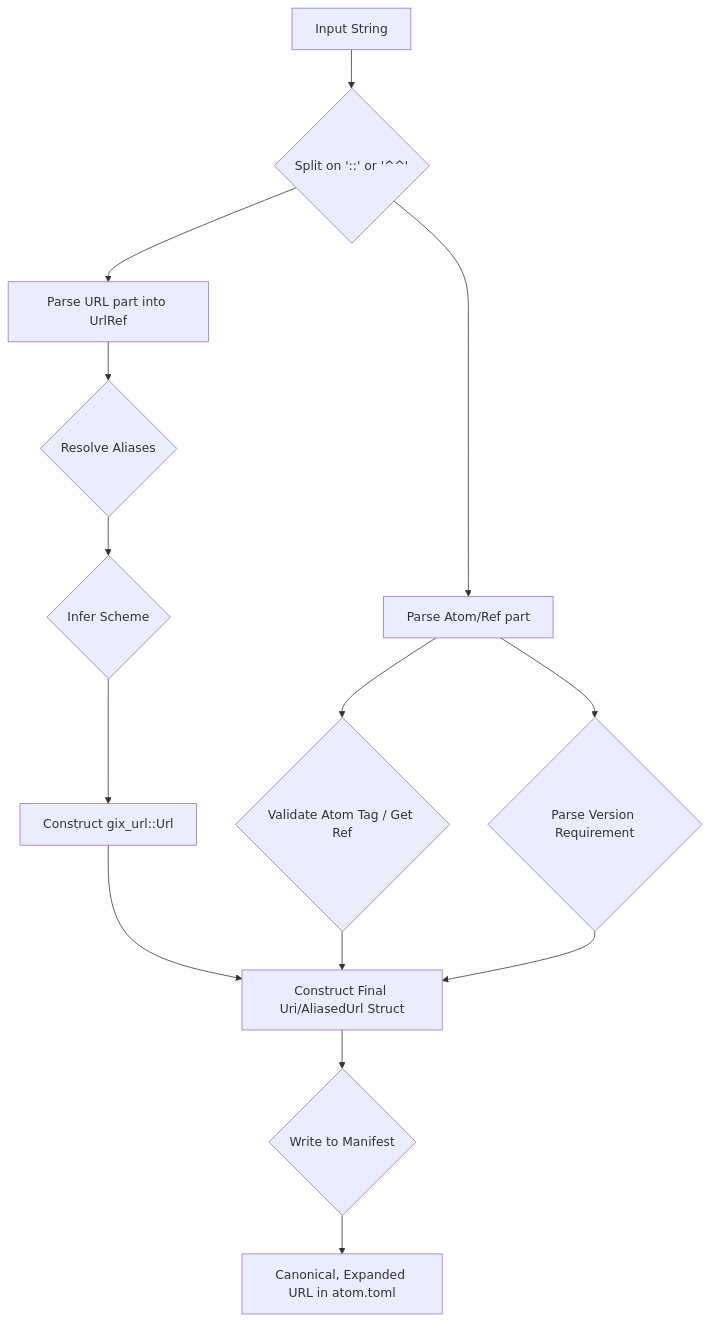
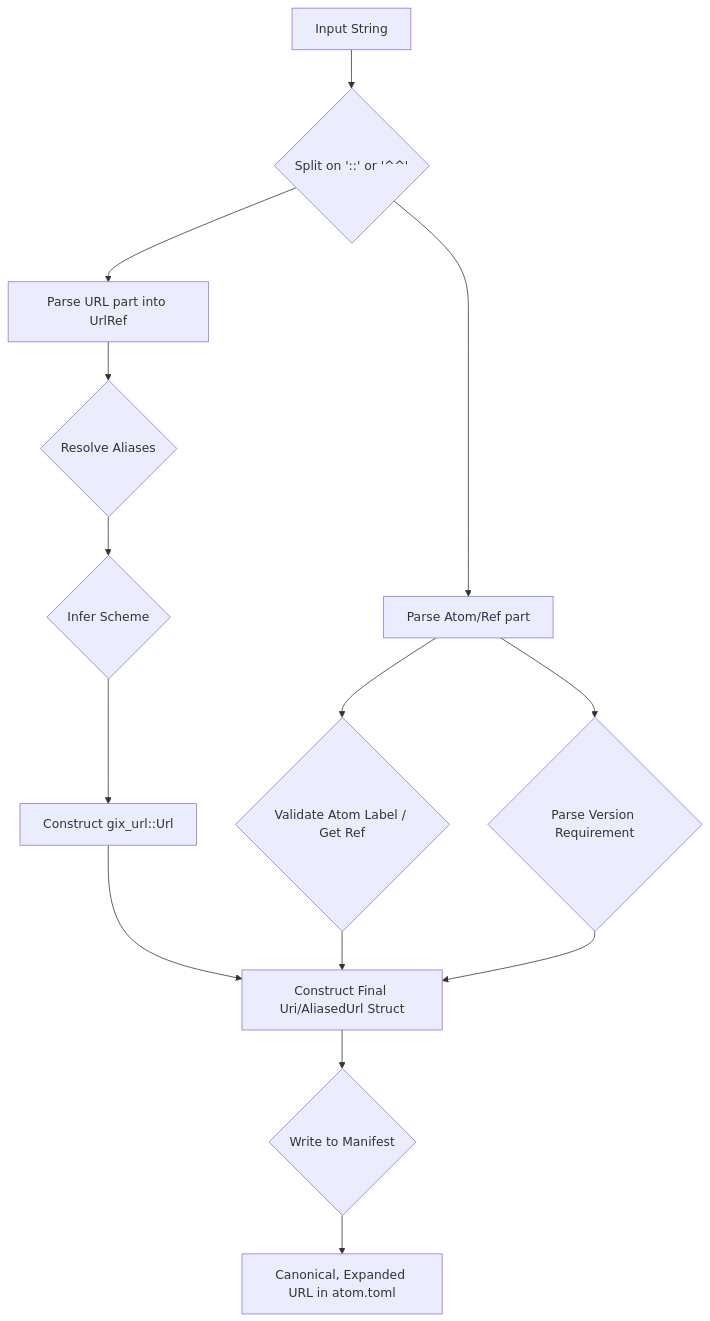
Before and after one commit to ekala-project/eka: the diagram in adrs/0005-uri-format.md, drawn with Mermaid. The commit also changed other lines of this file and 25 other files, not shown here.

````diff
--- a/adrs/0005-uri-format.md
+++ b/adrs/0005-uri-format.md
@@ -83,14 +83,14 @@
 ```mermaid
 graph TD
     A[Input String] --> B{Split on '::' or '^^'};
     B --> C[Parse URL part into UrlRef];
     B --> D[Parse Atom/Ref part];
     C --> E{Resolve Aliases};
     E --> F{Infer Scheme};
     F --> G[Construct gix_url::Url];
-    D --> H{Validate Atom Tag / Get Ref};
+    D --> H{Validate Atom Label / Get Ref};
     D --> I{Parse Version Requirement};
     G & H & I --> J[Construct Final Uri/AliasedUrl Struct];
     J --> K{Write to Manifest};
     K --> L[Canonical, Expanded URL in atom.toml];
 ```
````
